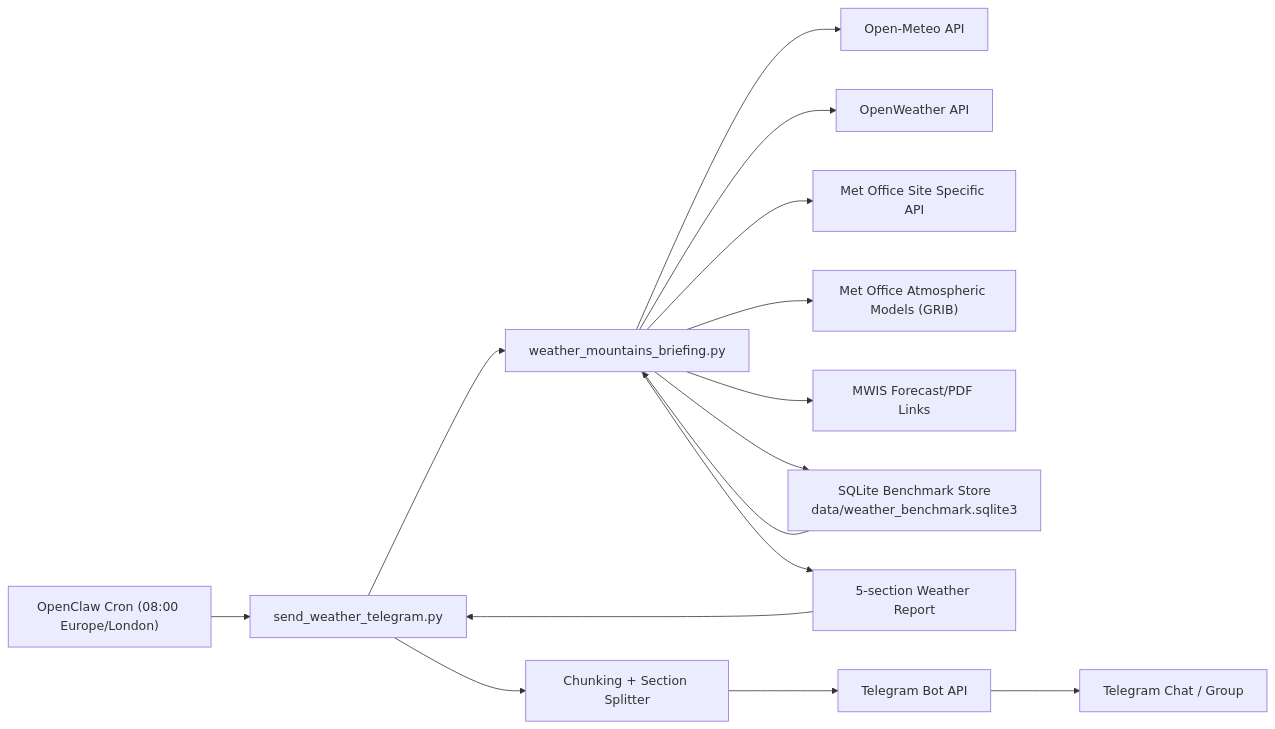
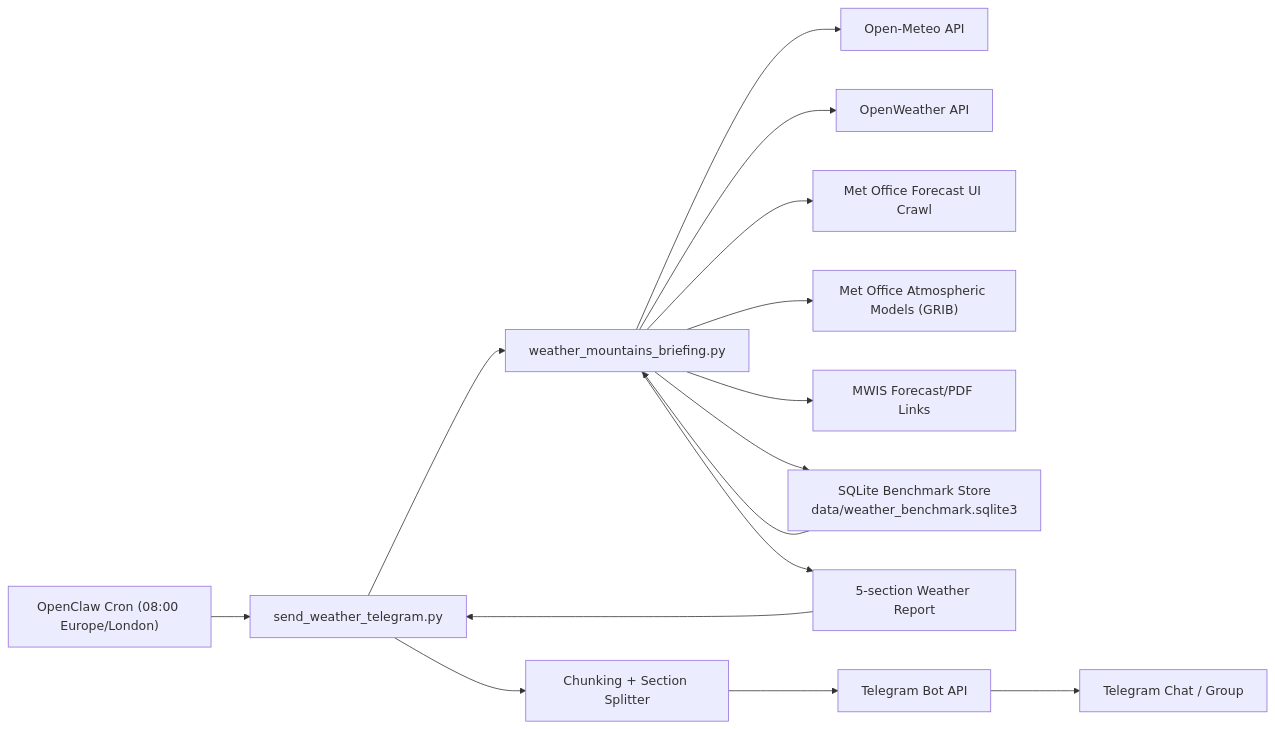
One commit to FelixLee888/AIBot changed the diagram in README.md. Above: the diagram before and after it, drawn with Mermaid. The commit also changed other lines of this file and 1 other file, not shown here.

Commit message:
Switch Met Office source to forecast UI crawl

````diff
--- a/README.md
+++ b/README.md
@@ -17,20 +17,20 @@
 ```mermaid
 flowchart LR
   A["OpenClaw Cron (08:00 Europe/London)"] --> B["send_weather_telegram.py"]
   B --> C["weather_mountains_briefing.py"]
 
   C --> D["Open-Meteo API"]
   C --> E["OpenWeather API"]
-  C --> F["Met Office Site Specific API"]
+  C --> F["Met Office Forecast UI Crawl"]
   C --> G["Met Office Atmospheric Models (GRIB)"]
   C --> H["MWIS Forecast/PDF Links"]
 
   C --> I["SQLite Benchmark Store<br/>data/weather_benchmark.sqlite3"]
   I --> C
 
   C --> J["5-section Weather Report"]
   J --> B
   B --> K["Chunking + Section Splitter"]
   K --> L["Telegram Bot API"]
   L --> M["Telegram Chat / Group"]
 ```
````
